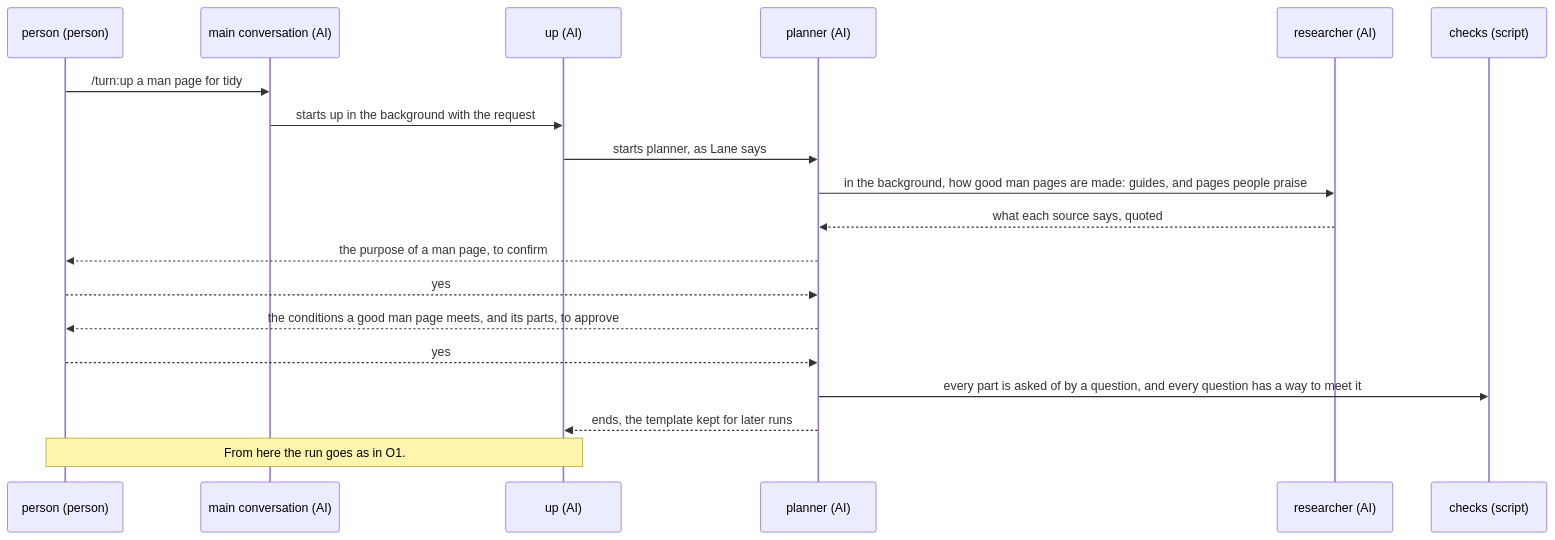
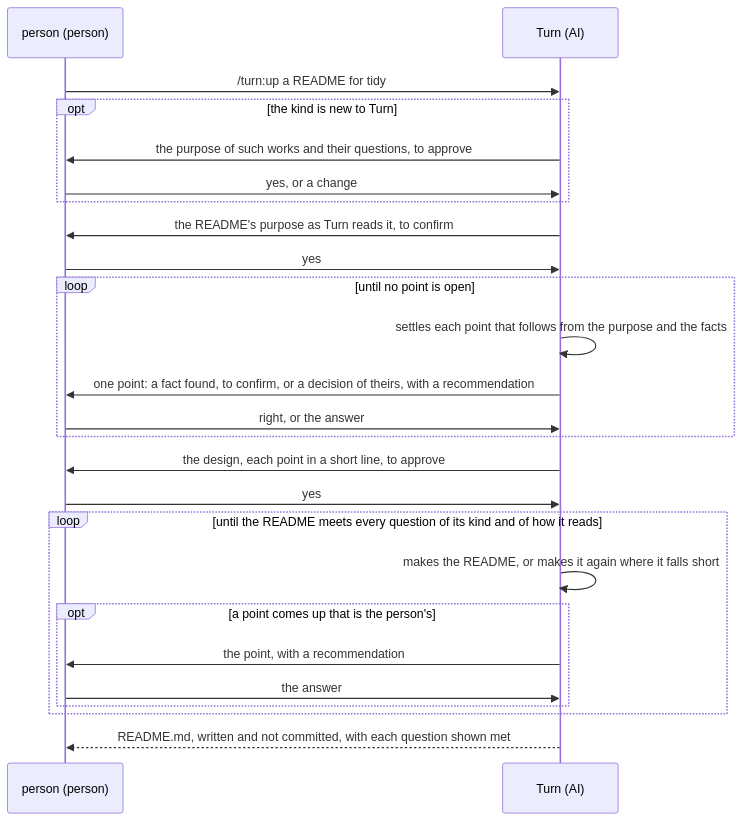
The first of 2 diagrams in dev/turn/ux.md (lovaizu/ccpm), drawn with Mermaid before and after one commit. The commit also changed other lines of this file and 2 other files, not shown here.

````diff
--- a/dev/turn/ux.md
+++ b/dev/turn/ux.md
@@ -138,21 +65,27 @@
 ```mermaid
 sequenceDiagram
   participant P as person (person)
-  participant M as main conversation (AI)
-  participant U as up (AI)
-  participant PL as planner (AI)
-  participant R as researcher (AI)
-  participant C as checks (script)
-  P->>M: /turn:up a man page for tidy
-  M->>U: starts up in the background with the request
-  U->>PL: starts planner, as Lane says
-  PL->>R: in the background, how good man pages are made: guides, and pages people praise
-  R-->>PL: what each source says, quoted
-  PL-->>P: the purpose of a man page, to confirm
-  P-->>PL: yes
-  PL-->>P: the conditions a good man page meets, and its parts, to approve
-  P-->>PL: yes
-  PL->>C: every part is asked of by a question, and every question has a way to meet it
-  PL-->>U: ends, the template kept for later runs
-  Note over P,U: From here the run goes as in O1.
+  participant T as Turn (AI)
+  P->>T: /turn:up a README for tidy
+  opt the kind is new to Turn
+    T->>P: the purpose of such works and their questions, to approve
+    P->>T: yes, or a change
+  end
+  T->>P: the README's purpose as Turn reads it, to confirm
+  P->>T: yes
+  loop until no point is open
+    T->>T: settles each point that follows from the purpose and the facts
+    T->>P: one point: a fact found, to confirm, or a decision of theirs, with a recommendation
+    P->>T: right, or the answer
+  end
+  T->>P: the design, each point in a short line, to approve
+  P->>T: yes
+  loop until the README meets every question of its kind and of how it reads
+    T->>T: makes the README, or makes it again where it falls short
+    opt a point comes up that is the person's
+      T->>P: the point, with a recommendation
+      P->>T: the answer
+    end
+  end
+  T-->>P: README.md, written and not committed, with each question shown met
 ```
````
